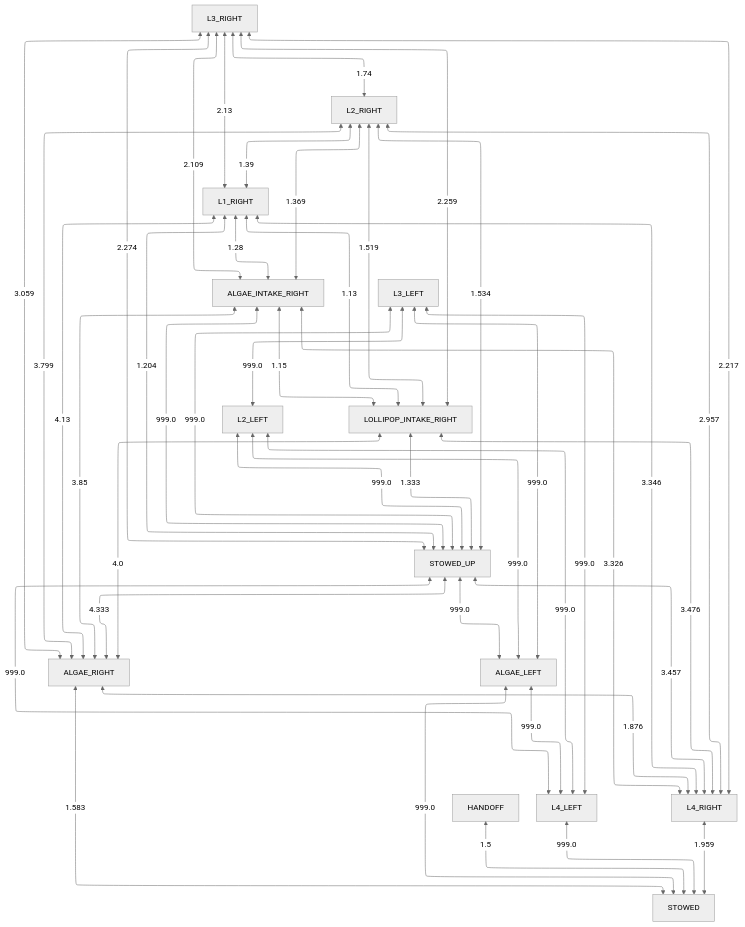
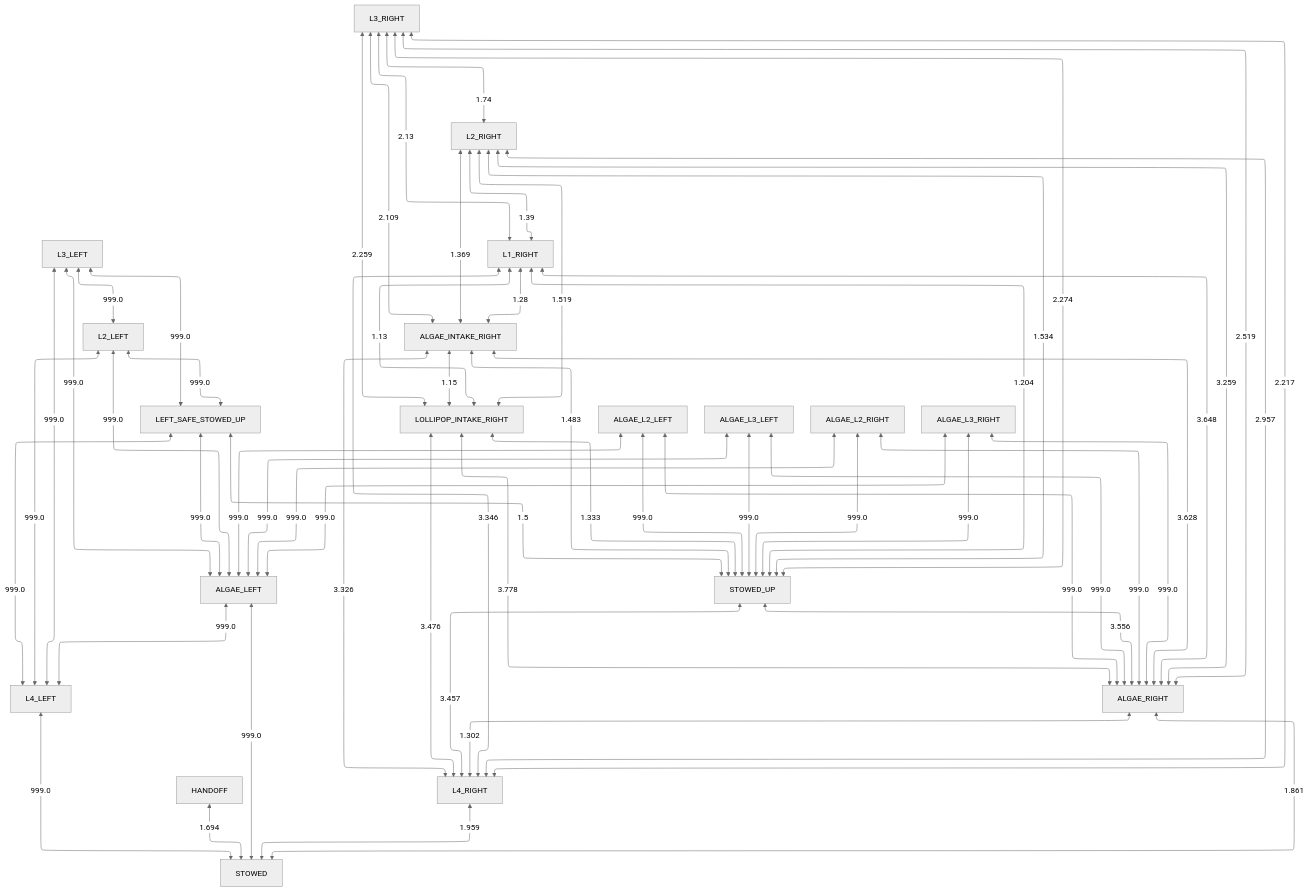
One commit to team581/offseason-2025-comp changed the diagram in docs/collision_avoidance/left_obstructed.md. Above: the diagram before and after it, drawn with Mermaid (neutral theme). The commit also changed 2 other files, not shown here.

Commit message:
obstruction

````diff
--- a/docs/collision_avoidance/left_obstructed.md
+++ b/docs/collision_avoidance/left_obstructed.md
@@ -3,48 +3,61 @@
 ```mermaid
 %%{ init: { "flowchart": { "defaultRenderer": "elk" } } }%%
 graph TD
 
-HANDOFF <-- 1.5 --> STOWED
+HANDOFF <-- 1.694 --> STOWED
 L4_LEFT <-- 999.0 --> STOWED
 L4_RIGHT <-- 1.959 --> STOWED
-ALGAE_RIGHT <-- 1.583 --> STOWED
+ALGAE_RIGHT <-- 1.861 --> STOWED
 ALGAE_LEFT <-- 999.0 --> STOWED
-STOWED_UP <-- 999.0 --> L4_LEFT
+LEFT_SAFE_STOWED_UP <-- 999.0 --> L4_LEFT
 L2_LEFT <-- 999.0 --> L4_LEFT
 L3_LEFT <-- 999.0 --> L4_LEFT
 ALGAE_LEFT <-- 999.0 --> L4_LEFT
 STOWED_UP <-- 3.457 --> L4_RIGHT
 ALGAE_INTAKE_RIGHT <-- 3.326 --> L4_RIGHT
 LOLLIPOP_INTAKE_RIGHT <-- 3.476 --> L4_RIGHT
 L1_RIGHT <-- 3.346 --> L4_RIGHT
 L2_RIGHT <-- 2.957 --> L4_RIGHT
 L3_RIGHT <-- 2.217 --> L4_RIGHT
-ALGAE_RIGHT <-- 1.876 --> L4_RIGHT
-STOWED_UP <-- 4.333 --> ALGAE_RIGHT
-ALGAE_INTAKE_RIGHT <-- 3.85 --> ALGAE_RIGHT
-LOLLIPOP_INTAKE_RIGHT <-- 4.0 --> ALGAE_RIGHT
-L1_RIGHT <-- 4.13 --> ALGAE_RIGHT
-L2_RIGHT <-- 3.799 --> ALGAE_RIGHT
-L3_RIGHT <-- 3.059 --> ALGAE_RIGHT
-STOWED_UP <-- 999.0 --> ALGAE_LEFT
+ALGAE_RIGHT <-- 1.302 --> L4_RIGHT
+STOWED_UP <-- 3.556 --> ALGAE_RIGHT
+ALGAE_L2_LEFT <-- 999.0 --> ALGAE_RIGHT
+ALGAE_L3_LEFT <-- 999.0 --> ALGAE_RIGHT
+ALGAE_INTAKE_RIGHT <-- 3.628 --> ALGAE_RIGHT
+LOLLIPOP_INTAKE_RIGHT <-- 3.778 --> ALGAE_RIGHT
+L1_RIGHT <-- 3.648 --> ALGAE_RIGHT
+L2_RIGHT <-- 3.259 --> ALGAE_RIGHT
+L3_RIGHT <-- 2.519 --> ALGAE_RIGHT
+ALGAE_L2_RIGHT <-- 999.0 --> ALGAE_RIGHT
+ALGAE_L3_RIGHT <-- 999.0 --> ALGAE_RIGHT
+LEFT_SAFE_STOWED_UP <-- 999.0 --> ALGAE_LEFT
 L2_LEFT <-- 999.0 --> ALGAE_LEFT
 L3_LEFT <-- 999.0 --> ALGAE_LEFT
+ALGAE_L2_LEFT <-- 999.0 --> ALGAE_LEFT
+ALGAE_L3_LEFT <-- 999.0 --> ALGAE_LEFT
+ALGAE_L2_RIGHT <-- 999.0 --> ALGAE_LEFT
+ALGAE_L3_RIGHT <-- 999.0 --> ALGAE_LEFT
+LEFT_SAFE_STOWED_UP <-- 1.5 --> STOWED_UP
 LOLLIPOP_INTAKE_RIGHT <-- 1.333 --> STOWED_UP
-ALGAE_INTAKE_RIGHT <-- 999.0 --> STOWED_UP
-L2_LEFT <-- 999.0 --> STOWED_UP
-L3_LEFT <-- 999.0 --> STOWED_UP
+ALGAE_INTAKE_RIGHT <-- 1.483 --> STOWED_UP
 L1_RIGHT <-- 1.204 --> STOWED_UP
 L2_RIGHT <-- 1.534 --> STOWED_UP
 L3_RIGHT <-- 2.274 --> STOWED_UP
+ALGAE_L2_LEFT <-- 999.0 --> STOWED_UP
+ALGAE_L2_RIGHT <-- 999.0 --> STOWED_UP
+ALGAE_L3_LEFT <-- 999.0 --> STOWED_UP
+ALGAE_L3_RIGHT <-- 999.0 --> STOWED_UP
+L2_LEFT <-- 999.0 --> LEFT_SAFE_STOWED_UP
+L3_LEFT <-- 999.0 --> LEFT_SAFE_STOWED_UP
 ALGAE_INTAKE_RIGHT <-- 1.15 --> LOLLIPOP_INTAKE_RIGHT
 L1_RIGHT <-- 1.13 --> LOLLIPOP_INTAKE_RIGHT
 L2_RIGHT <-- 1.519 --> LOLLIPOP_INTAKE_RIGHT
 L3_RIGHT <-- 2.259 --> LOLLIPOP_INTAKE_RIGHT
 L1_RIGHT <-- 1.28 --> ALGAE_INTAKE_RIGHT
 L2_RIGHT <-- 1.369 --> ALGAE_INTAKE_RIGHT
 L3_RIGHT <-- 2.109 --> ALGAE_INTAKE_RIGHT
 L3_LEFT <-- 999.0 --> L2_LEFT
 L2_RIGHT <-- 1.39 --> L1_RIGHT
 L3_RIGHT <-- 2.13 --> L1_RIGHT
 L3_RIGHT <-- 1.74 --> L2_RIGHT
 ```
````
